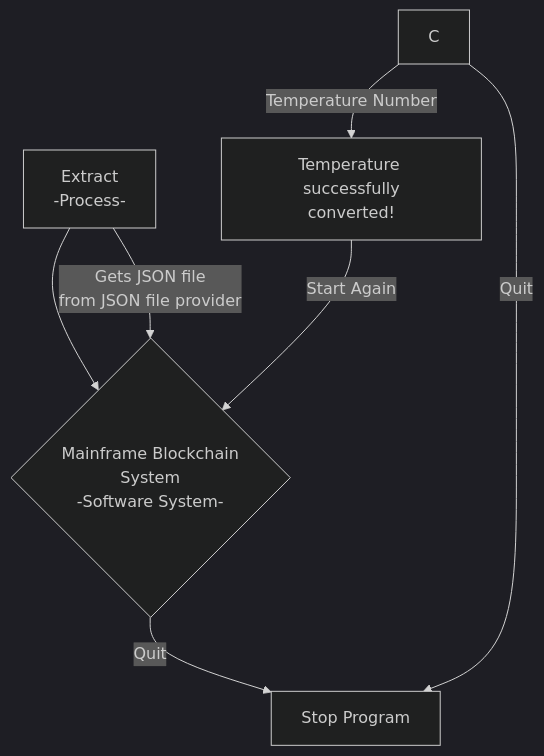
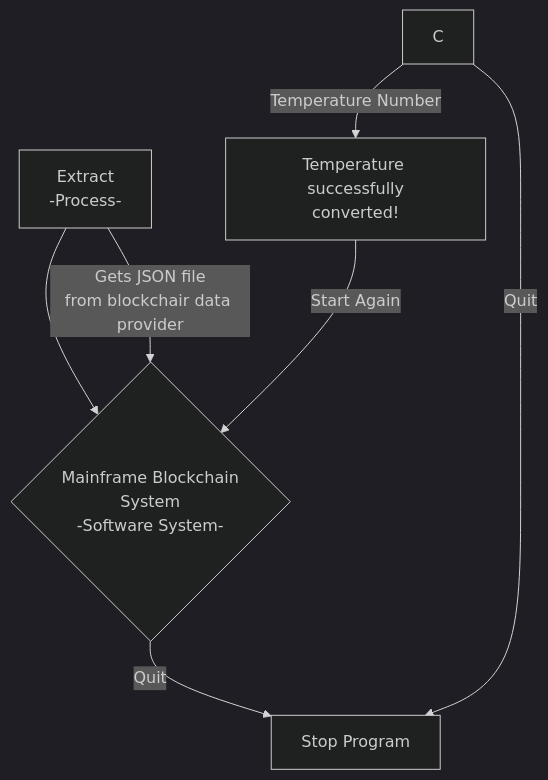
One commit to patmcfarland/one changed the diagram in README.md. Above: the diagram before and after it, drawn with Mermaid (dark theme).

````diff
--- a/README.md
+++ b/README.md
@@ -1,9 +1,9 @@
 ```mermaid
 flowchart TD
 A[Extract<br>-Process-] -->B{tendermint<br>-Directory-}
-A -- Gets JSON file<br>from JSON file provider --> B{Mainframe Blockchain<br>System<br>-Software System-} 
+A -- Gets JSON file<br>from blockchair data provider --> B{Mainframe Blockchain<br>System<br>-Software System-} 
 C -- Temperature Number --> D[Temperature successfully<br>converted!] 
 D -- Start Again -->B
 B -- Quit --> E[Stop Program]
 C -- Quit --> E
 ```
````
